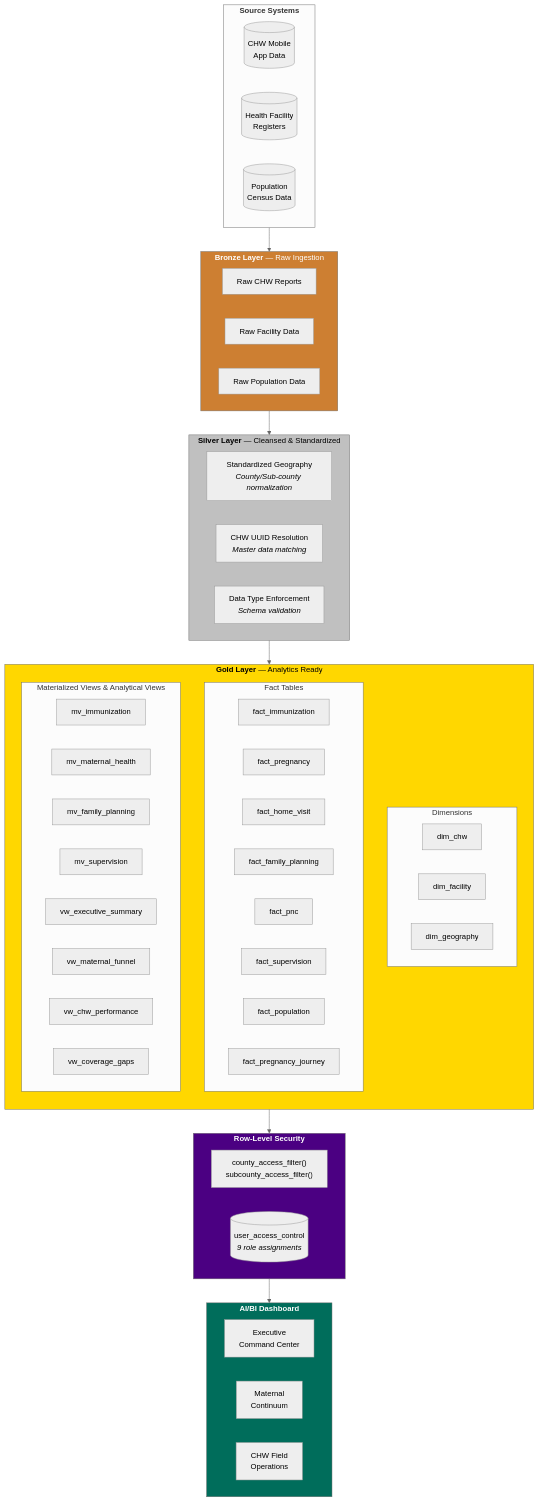
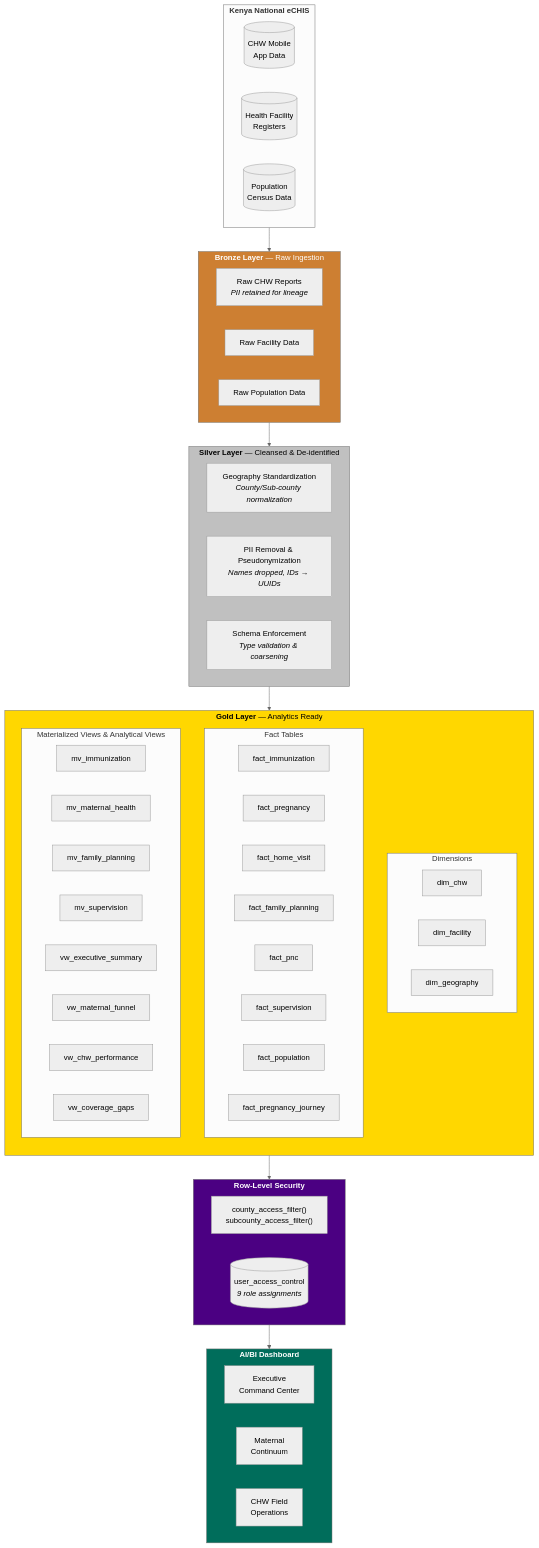
Before and after one commit to erickyegon/community-health-intelligence-platform: the third of 6 diagrams in README.md, drawn with Mermaid (neutral theme). The commit also changed other lines of this file, not shown here.

First line of the commit message:
docs: Add eCHIS data source attribution and PII protection framework

````diff
--- a/README.md
+++ b/README.md
@@ -140,69 +269,69 @@
 ```mermaid
 flowchart TB
-    subgraph Sources["<b>Source Systems</b>"]
+    subgraph Sources["<b>Kenya National eCHIS</b>"]
         S1[("CHW Mobile\nApp Data")]
         S2[("Health Facility\nRegisters")]
         S3[("Population\nCensus Data")]
     end
 
     subgraph Bronze["<b>Bronze Layer</b> — Raw Ingestion"]
-        B1["Raw CHW Reports"]
+        B1["Raw CHW Reports\n<i>PII retained for lineage</i>"]
         B2["Raw Facility Data"]
         B3["Raw Population Data"]
     end
 
-    subgraph Silver["<b>Silver Layer</b> — Cleansed & Standardized"]
-        SV1["Standardized Geography\n<i>County/Sub-county normalization</i>"]
-        SV2["CHW UUID Resolution\n<i>Master data matching</i>"]
-        SV3["Data Type Enforcement\n<i>Schema validation</i>"]
+    subgraph Silver["<b>Silver Layer</b> — Cleansed & De-identified"]
+        SV1["Geography Standardization\n<i>County/Sub-county normalization</i>"]
+        SV2["PII Removal & Pseudonymization\n<i>Names dropped, IDs → UUIDs</i>"]
+        SV3["Schema Enforcement\n<i>Type validation & coarsening</i>"]
     end
 
     subgraph Gold["<b>Gold Layer</b> — Analytics Ready"]
         direction TB
         subgraph Dimensions["Dimensions"]
             D1["dim_chw"]
             D2["dim_facility"]
             D3["dim_geography"]
         end
         subgraph Facts["Fact Tables"]
             F1["fact_immunization"]
             F2["fact_pregnancy"]
             F3["fact_home_visit"]
             F4["fact_family_planning"]
             F5["fact_pnc"]
             F6["fact_supervision"]
             F7["fact_population"]
             F8["fact_pregnancy_journey"]
         end
         subgraph Analytics["Materialized Views & Analytical Views"]
             MV1["mv_immunization"]
             MV2["mv_maternal_health"]
             MV3["mv_family_planning"]
             MV4["mv_supervision"]
             VW1["vw_executive_summary"]
             VW2["vw_maternal_funnel"]
             VW3["vw_chw_performance"]
             VW4["vw_coverage_gaps"]
         end
     end
 
     subgraph Security["<b>Row-Level Security</b>"]
         RLS["county_access_filter()\nsubcounty_access_filter()"]
         UAC[("user_access_control\n<i>9 role assignments</i>")]
     end
 
     subgraph Dashboard["<b>AI/BI Dashboard</b>"]
         P1["Executive\nCommand Center"]
         P2["Maternal\nContinuum"]
         P3["CHW Field\nOperations"]
     end
 
     Sources --> Bronze --> Silver --> Gold
     Gold --> Security --> Dashboard
 
     style Bronze fill:#CD7F32,color:#fff
     style Silver fill:#C0C0C0,color:#000
     style Gold fill:#FFD700,color:#000
     style Security fill:#4B0082,color:#fff
     style Dashboard fill:#006D5B,color:#fff
 ```
````
